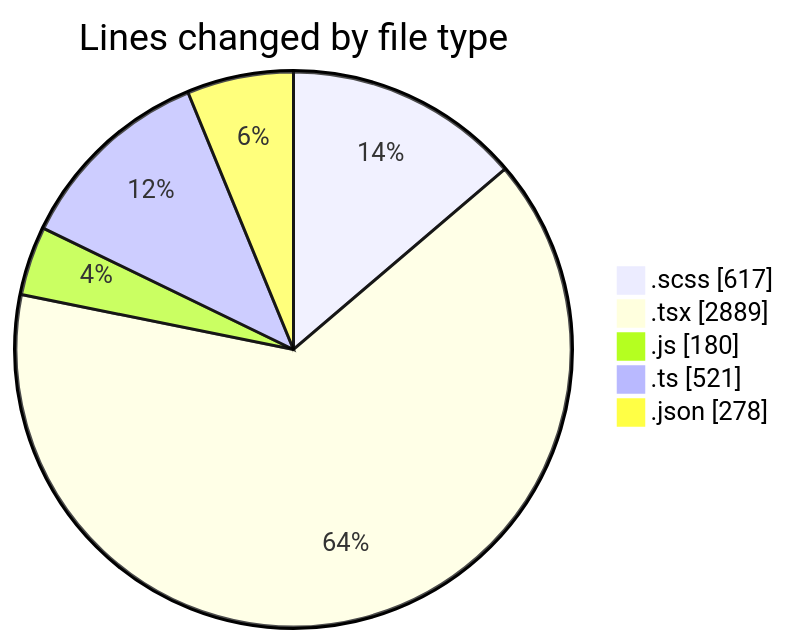
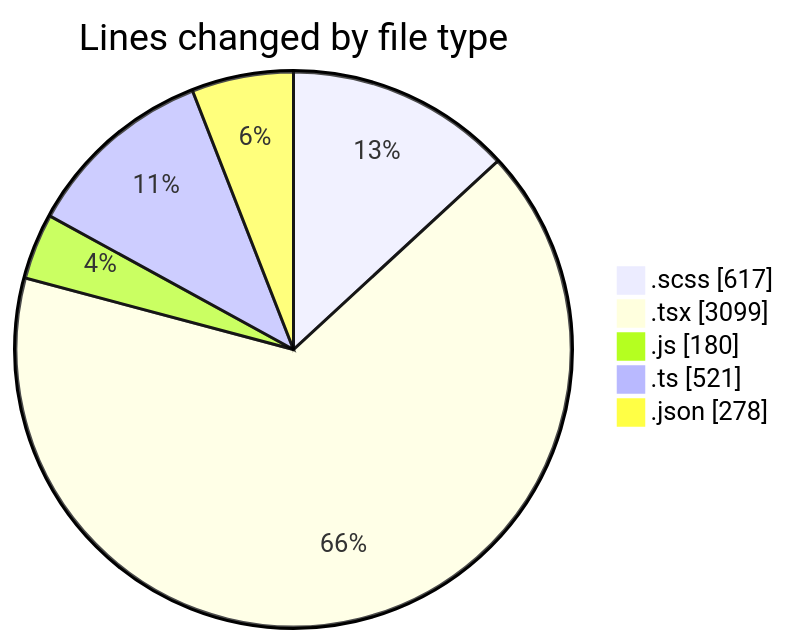
The first of 2 diagrams in 2026-08-10/cda/README.md (momahboobian/code-tracking), drawn with Mermaid before and after one commit. The commit also changed other lines of this file and 1 other file, not shown here.

````diff
--- a/2026-08-10/cda/README.md
+++ b/2026-08-10/cda/README.md
@@ -32,9 +32,9 @@
 ```mermaid
 pie showData
 title Lines changed by file type
 ".scss" : 617
-".tsx" : 2889
+".tsx" : 3099
 ".js" : 180
 ".ts" : 521
 ".json" : 278
 ```
````
